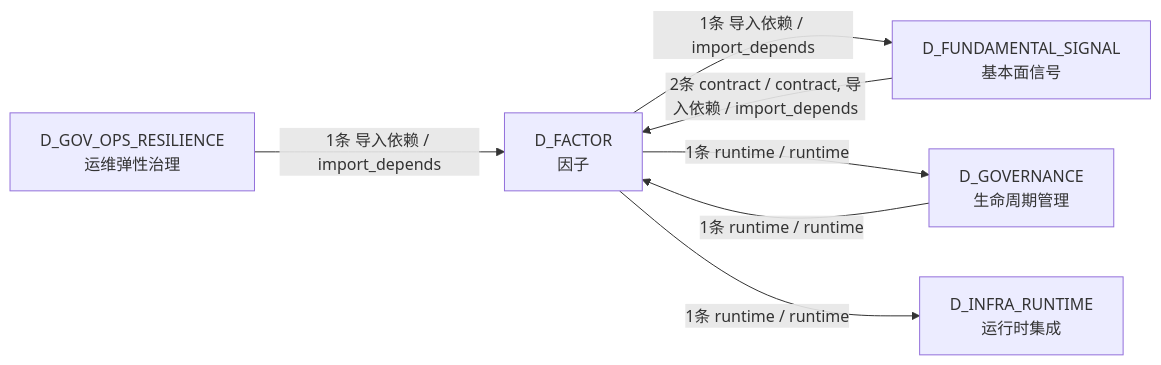
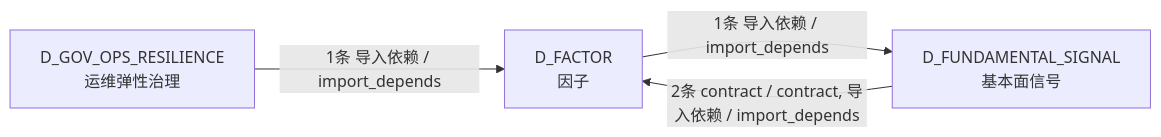
One commit to xuanFelixVan/ZephyrAlpha changed the fourth of 4 diagrams in docs/02_enterprise_architecture/02_domain_architecture_docs/36_d_factor.md. Above: the diagram before and after it, drawn with Mermaid. The commit also changed other lines of this file and 105 other files, not shown here.

````diff
--- a/docs/02_enterprise_architecture/02_domain_architecture_docs/36_d_factor.md
+++ b/docs/02_enterprise_architecture/02_domain_architecture_docs/36_d_factor.md
@@ -184,14 +170,9 @@
 ```mermaid
 graph LR
     D_FACTOR["D_FACTOR<br/>因子"]
     D_FUNDAMENTAL_SIGNAL["D_FUNDAMENTAL_SIGNAL<br/>基本面信号"]
-    D_GOVERNANCE["D_GOVERNANCE<br/>生命周期管理"]
-    D_INFRA_RUNTIME["D_INFRA_RUNTIME<br/>运行时集成"]
     D_GOV_OPS_RESILIENCE["D_GOV_OPS_RESILIENCE<br/>运维弹性治理"]
     D_FACTOR -->|1条 导入依赖 / import_depends| D_FUNDAMENTAL_SIGNAL
-    D_FACTOR -->|1条 runtime / runtime| D_GOVERNANCE
-    D_FACTOR -->|1条 runtime / runtime| D_INFRA_RUNTIME
     D_FUNDAMENTAL_SIGNAL -->|2条 contract / contract, 导入依赖 / import_depends| D_FACTOR
-    D_GOVERNANCE -->|1条 runtime / runtime| D_FACTOR
     D_GOV_OPS_RESILIENCE -->|1条 导入依赖 / import_depends| D_FACTOR
 ```
````
